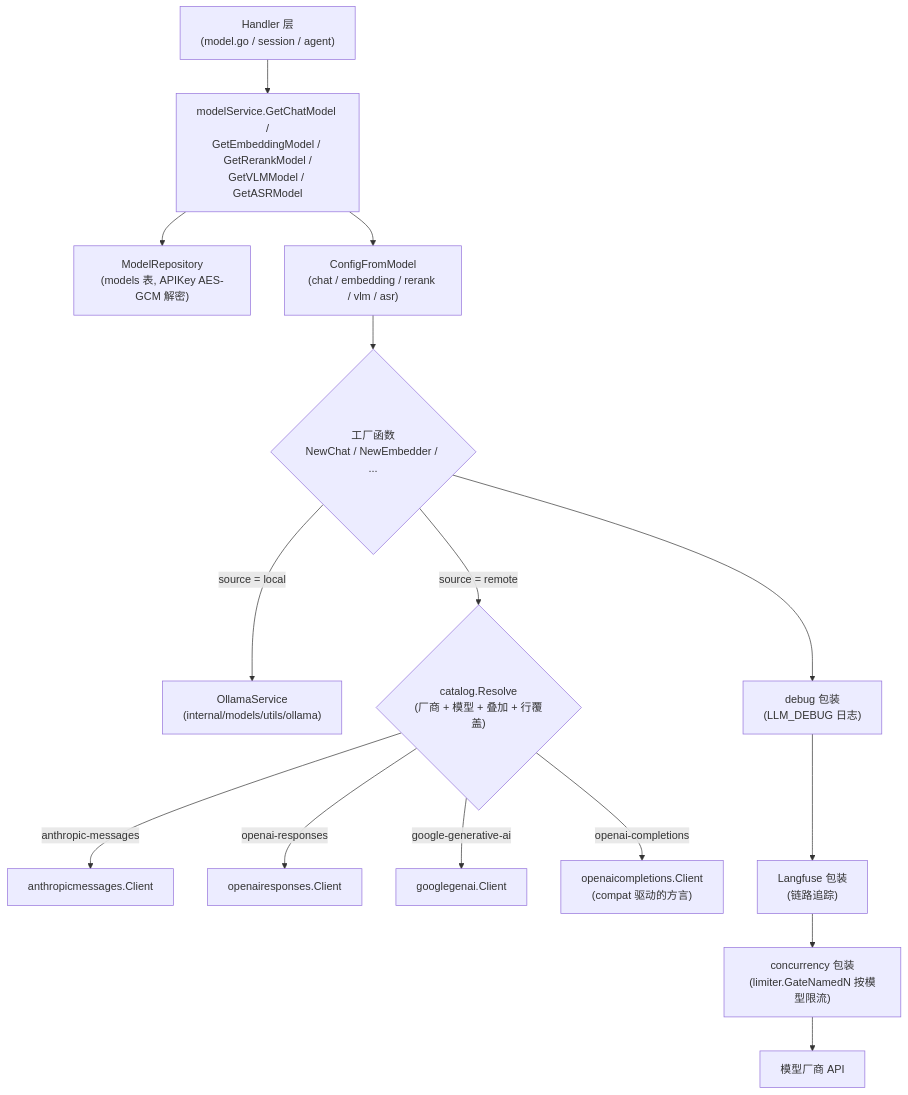
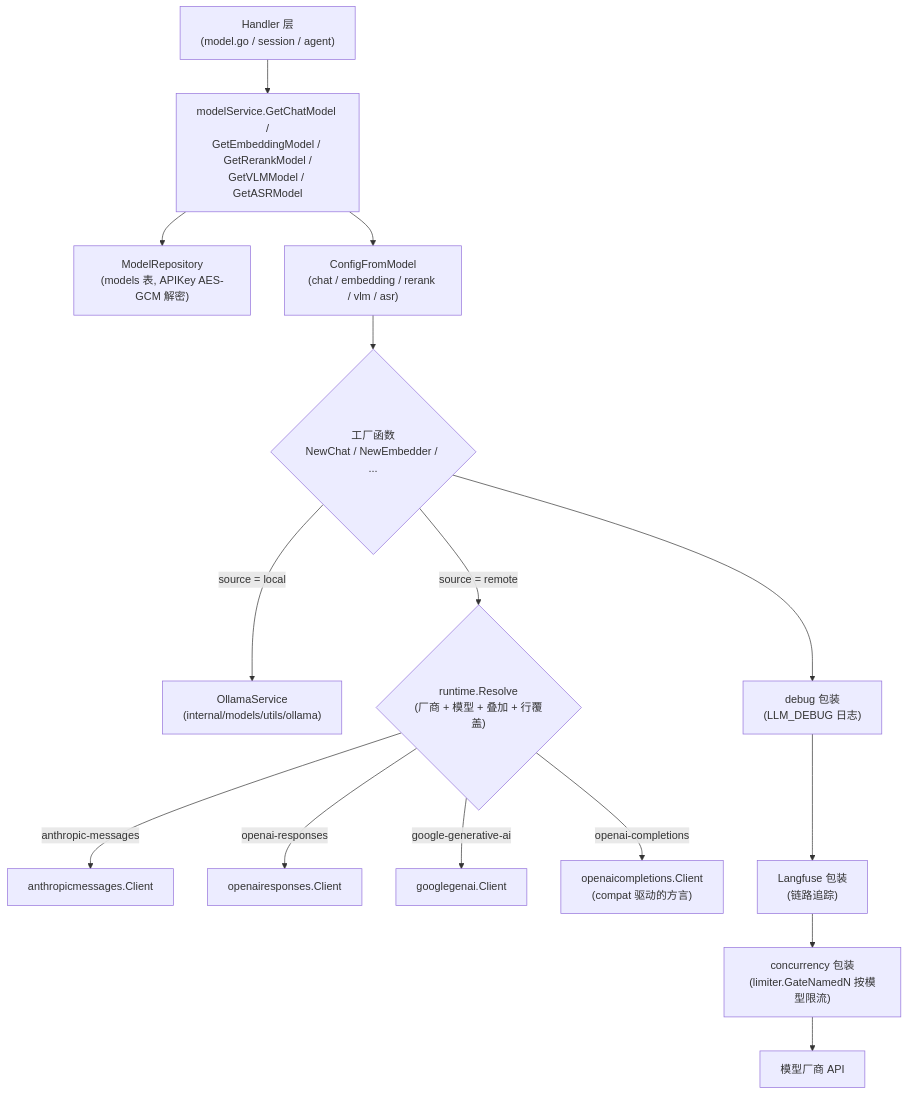
Before and after one commit to michadel/WeKnora: the diagram in website-docs/03-features/06-models.md, drawn with Mermaid. The commit also changed other lines of this file and 242 other files, not shown here.

````diff
--- a/website-docs/03-features/06-models.md
+++ b/website-docs/03-features/06-models.md
@@ -309,17 +309,17 @@
 ```mermaid
 flowchart TD
     H["Handler 层<br/>(model.go / session / agent)"] --> S["modelService.GetChatModel /<br/>GetEmbeddingModel / GetRerankModel /<br/>GetVLMModel / GetASRModel"]
     S --> R["ModelRepository<br/>(models 表, APIKey AES-GCM 解密)"]
     S --> CF["ConfigFromModel<br/>(chat / embedding / rerank / vlm / asr)"]
     CF --> F{"工厂函数<br/>NewChat / NewEmbedder / ..."}
     F -->|"source = local"| OL["OllamaService<br/>(internal/models/utils/ollama)"]
-    F -->|"source = remote"| PD{"catalog.Resolve<br/>(厂商 + 模型 + 叠加 + 行覆盖)"}
+    F -->|"source = remote"| PD{"runtime.Resolve<br/>(厂商 + 模型 + 叠加 + 行覆盖)"}
     PD -->|"anthropic-messages"| AN["anthropicmessages.Client"]
     PD -->|"openai-responses"| RS["openairesponses.Client"]
     PD -->|"google-generative-ai"| GG["googlegenai.Client"]
     PD -->|"openai-completions"| OA["openaicompletions.Client<br/>(compat 驱动的方言)"]
     F --> W1["debug 包装<br/>(LLM_DEBUG 日志)"]
     W1 --> W2["Langfuse 包装<br/>(链路追踪)"]
     W2 --> W3["concurrency 包装<br/>(limiter.GateNamedN 按模型限流)"]
     W3 --> P["模型厂商 API"]
 ```
````
